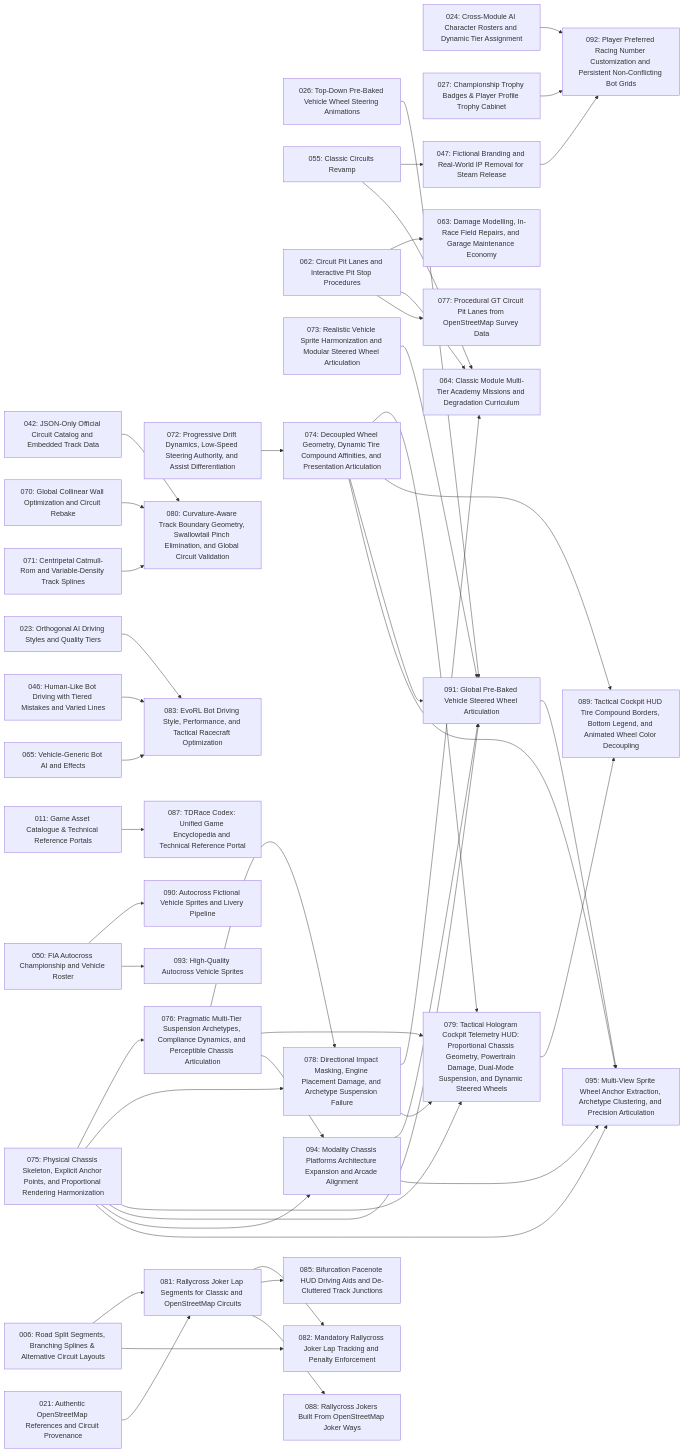
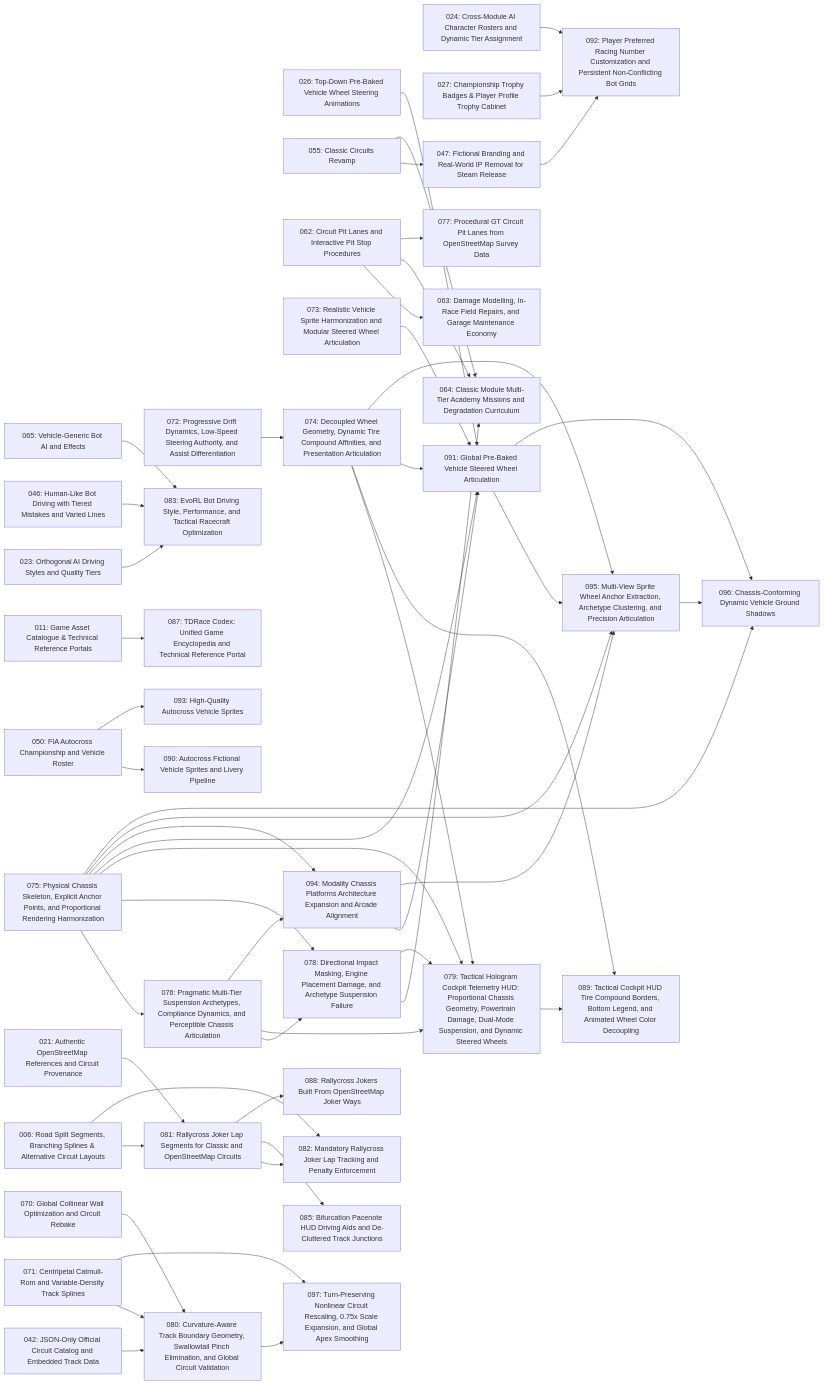
The diagram in specs/index.md (magomar/tdrace), drawn with Mermaid before and after one commit. The commit also changed other lines of this file and 3 other files, not shown here.

Commit message:
docs(spec-097): create spec and beads epic for turn-preserving nonlinear rescaling (tdrace-j9i0)

````diff
--- a/specs/index.md
+++ b/specs/index.md
@@ -160,6 +162,8 @@
     093["093: High-Quality Autocross Vehicle Sprites"]
     094["094: Modality Chassis Platforms Architecture Expansion and Arcade Alignment"]
     095["095: Multi-View Sprite Wheel Anchor Extraction, Archetype Clustering, and Precision Articulation"]
+    096["096: Chassis-Conforming Dynamic Vehicle Ground Shadows"]
+    097["097: Turn-Preserving Nonlinear Circuit Rescaling, 0.75x Scale Expansion, and Global Apex Smoothing"]
     055 --> 047
     062 --> 063
     055 --> 064
@@ -205,4 +209,9 @@
     075 --> 095
     091 --> 095
     094 --> 095
+    075 --> 096
+    091 --> 096
+    095 --> 096
+    071 --> 097
+    080 --> 097
 ```
````
